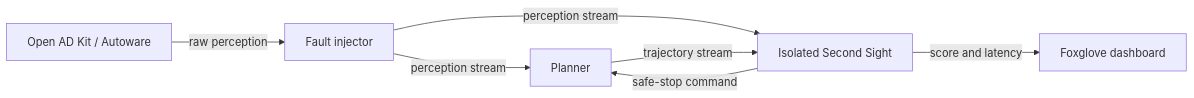
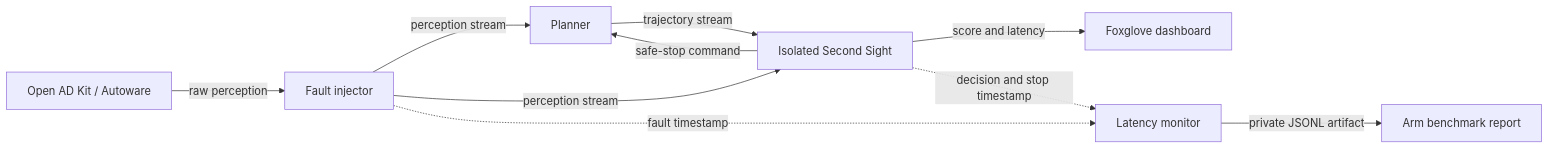
One commit to kylemantesso/second-sight changed the diagram in README.md. Above: the diagram before and after it, drawn with Mermaid. The commit also changed other lines of this file and 22 other files, not shown here.

Commit message:
Instrument live fault-to-stop latency

````diff
--- a/README.md
+++ b/README.md
@@ -17,9 +17,12 @@
 ```mermaid
 flowchart LR
     SIM[Open AD Kit / Autoware] -->|raw perception| INJECTOR[Fault injector]
     INJECTOR -->|perception stream| PLANNER[Planner]
     INJECTOR -->|perception stream| SIGHT[Isolated Second Sight]
     PLANNER -->|trajectory stream| SIGHT
     SIGHT -->|safe-stop command| PLANNER
     SIGHT -->|score and latency| DASHBOARD[Foxglove dashboard]
+    INJECTOR -.->|fault timestamp| MEASURE[Latency monitor]
+    SIGHT -.->|decision and stop timestamp| MEASURE
+    MEASURE -->|private JSONL artifact| RESULTS[Arm benchmark report]
 ```
````
